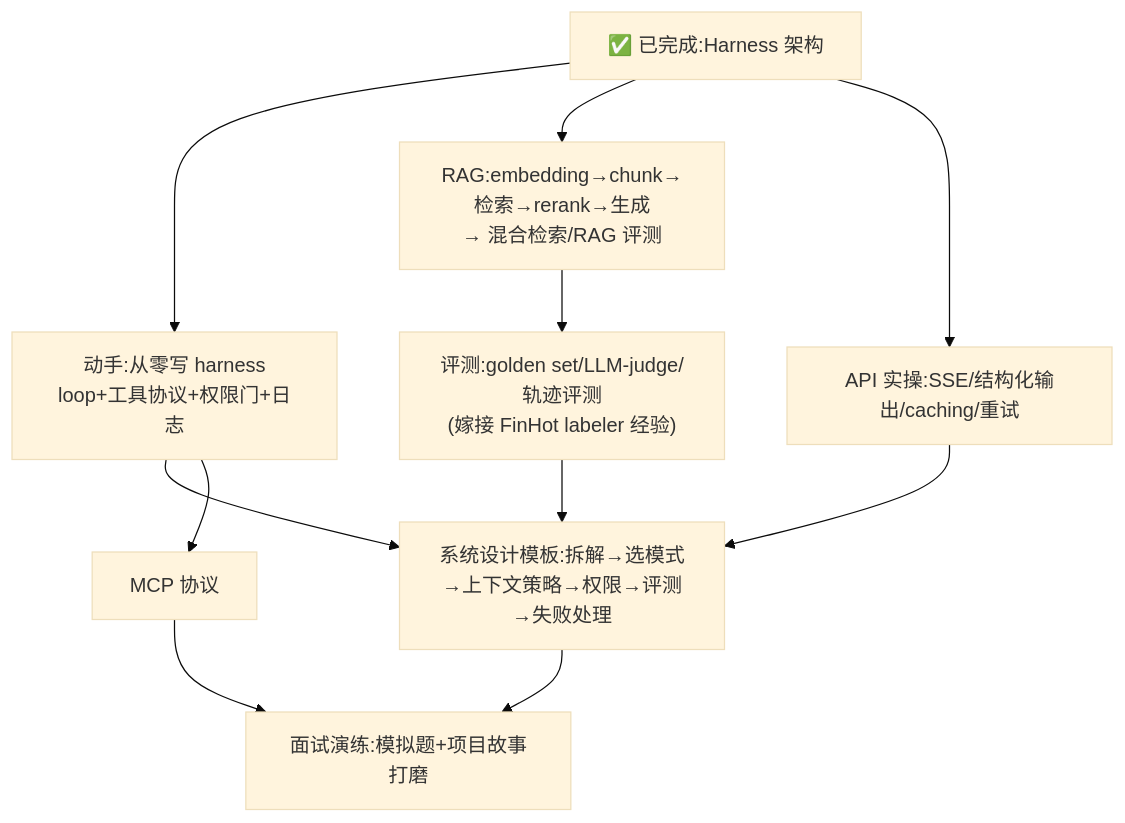
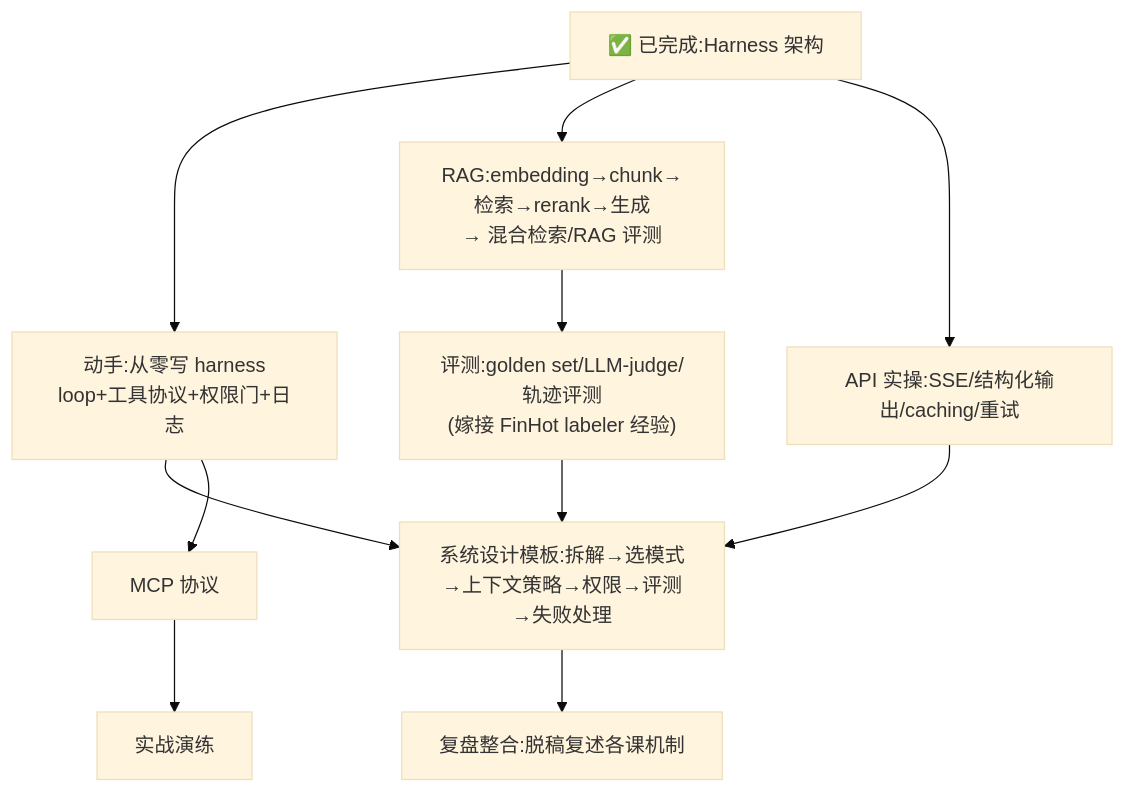
The fourth of 4 diagrams in notes/agent-harness.md (zo0043/learn-agent-harness), drawn with Mermaid (base theme) before and after one commit. The commit also changed other lines of this file and 61 other files, not shown here.

First line of the commit message:
feat(site): 去面试化 —— 删题库/面试内容，站点回归「讲义库与知识地图」定位

````diff
--- a/notes/agent-harness.md
+++ b/notes/agent-harness.md
@@ -440,13 +411,13 @@
 ```mermaid
 graph TD
   Harness架构["✅ 已完成:Harness 架构"] --> 从零写harness["动手:从零写 harness<br/>loop+工具协议+权限门+日志"]
   Harness架构 --> RAG与检索["RAG:embedding→chunk→检索→rerank→生成<br/>→ 混合检索/RAG 评测"]
   Harness架构 --> API与多模型路由["API 实操:SSE/结构化输出/caching/重试"]
   RAG与检索 --> 评测工程化["评测:golden set/LLM-judge/轨迹评测<br/>(嫁接 FinHot labeler 经验)"]
   从零写harness --> 系统设计["系统设计模板:拆解→选模式→上下文策略→权限→评测→失败处理"]
   评测工程化 --> 系统设计
   API与多模型路由 --> 系统设计
   从零写harness --> MCP与供应链安全["MCP 协议"]
-  系统设计 --> 面试演练["面试演练:模拟题+项目故事打磨"]
-  MCP与供应链安全 --> 面试演练
+  系统设计 --> 复盘整合["复盘整合:脱稿复述各课机制"]
+  MCP与供应链安全 --> 实战演练
 ```
````
